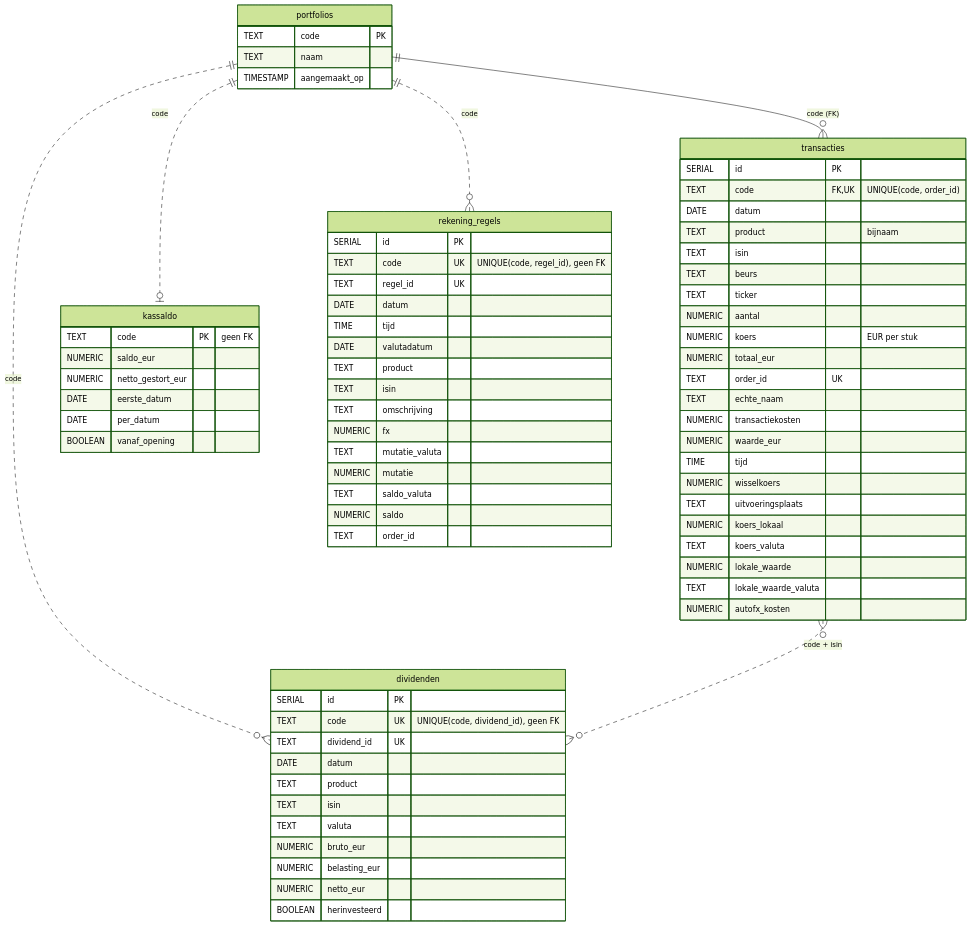
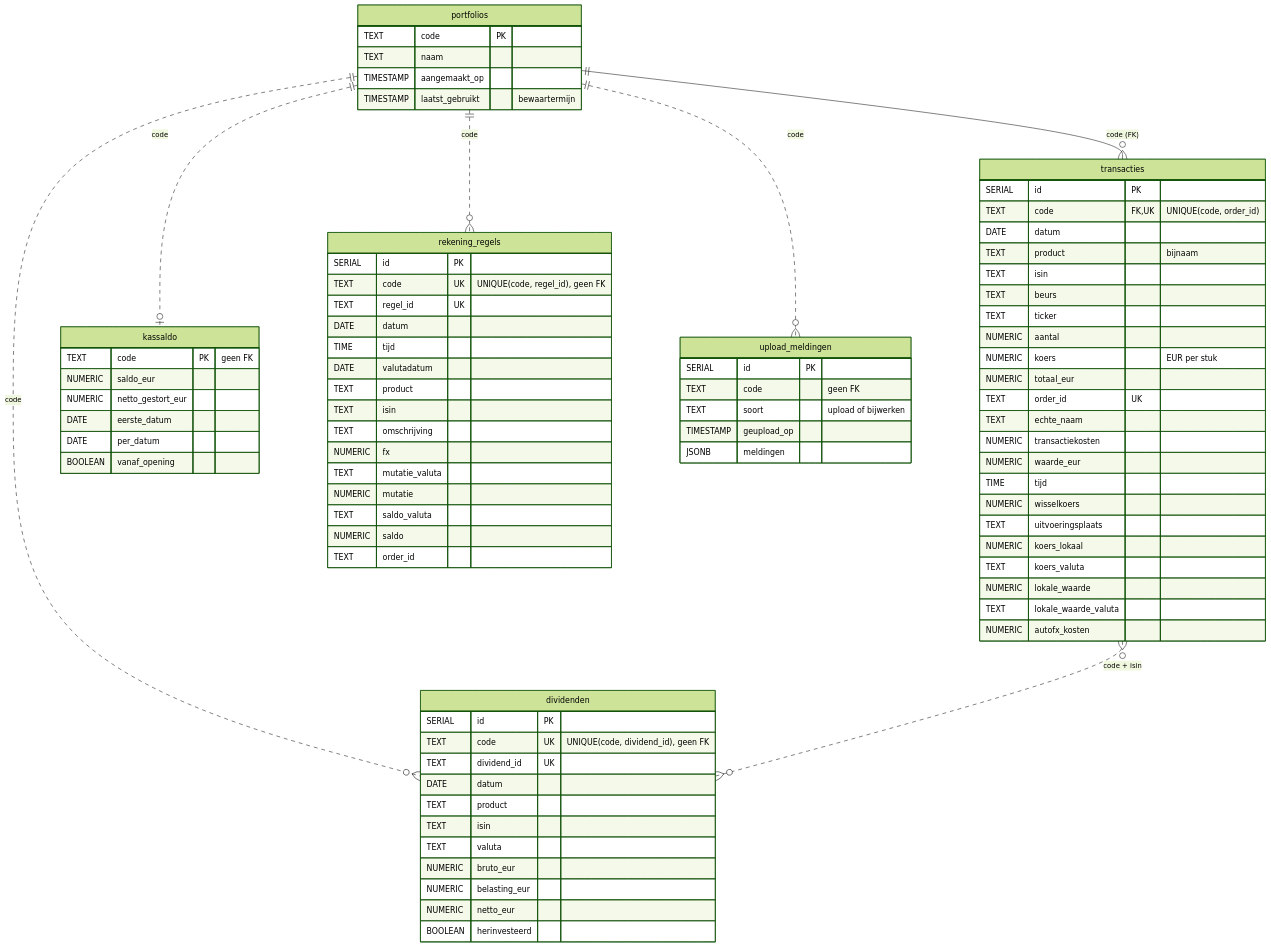
The second of 4 diagrams in docs/CODE_OVERZICHT.md (lobkest/portfolioTracker), drawn with Mermaid (forest theme) before and after one commit. The commit also changed other lines of this file and 38 other files, not shown here.

````diff
--- a/docs/CODE_OVERZICHT.md
+++ b/docs/CODE_OVERZICHT.md
@@ -1663,12 +1769,14 @@
     portfolios ||..o{ dividenden : "code"
     portfolios ||..o| kassaldo : "code"
     portfolios ||..o{ rekening_regels : "code"
+    portfolios ||..o{ upload_meldingen : "code"
     transacties }o..o{ dividenden : "code + isin"
 
     portfolios {
         TEXT code PK
         TEXT naam
         TIMESTAMP aangemaakt_op
+        TIMESTAMP laatst_gebruikt "bewaartermijn"
     }
     transacties {
         SERIAL id PK
@@ -1732,4 +1840,11 @@
         NUMERIC saldo
         TEXT order_id
     }
+    upload_meldingen {
+        SERIAL id PK
+        TEXT code "geen FK"
+        TEXT soort "upload of bijwerken"
+        TIMESTAMP geupload_op
+        JSONB meldingen
+    }
 ```
````
